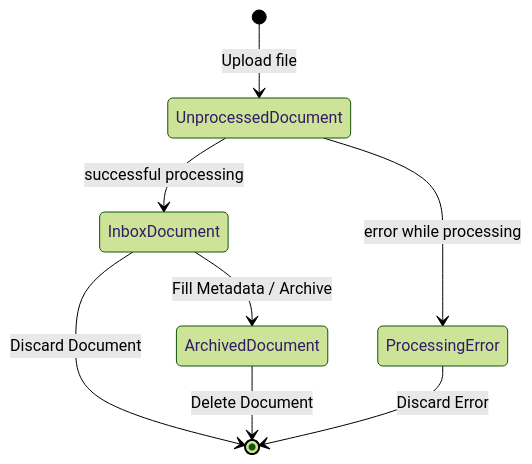
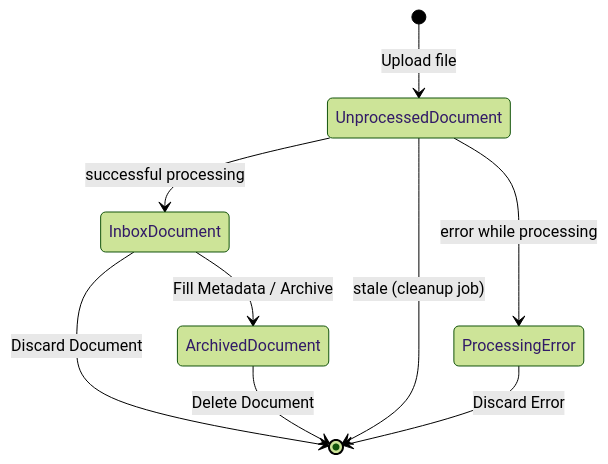
The diagram in server/document-lifecycle/README.md (wuespace/dms), drawn with Mermaid (forest theme) before and after one commit. The commit also changed 7 other files, not shown here.

First line of the commit message:
Periodically clean up stale unprocessed documents

````diff
--- a/server/document-lifecycle/README.md
+++ b/server/document-lifecycle/README.md
@@ -8,15 +8,16 @@
 ```mermaid
 stateDiagram-v2
 
 [*] --> UnprocessedDocument: Upload file
 
 UnprocessedDocument --> InboxDocument: successful processing
 InboxDocument --> [*]: Discard Document
 
+UnprocessedDocument --> [*]: stale (cleanup job)
 UnprocessedDocument --> ProcessingError: error while processing
 ProcessingError --> [*]: Discard Error
 
 InboxDocument --> ArchivedDocument: Fill Metadata / Archive
 
 ArchivedDocument --> [*]: Delete Document
 ```
````
